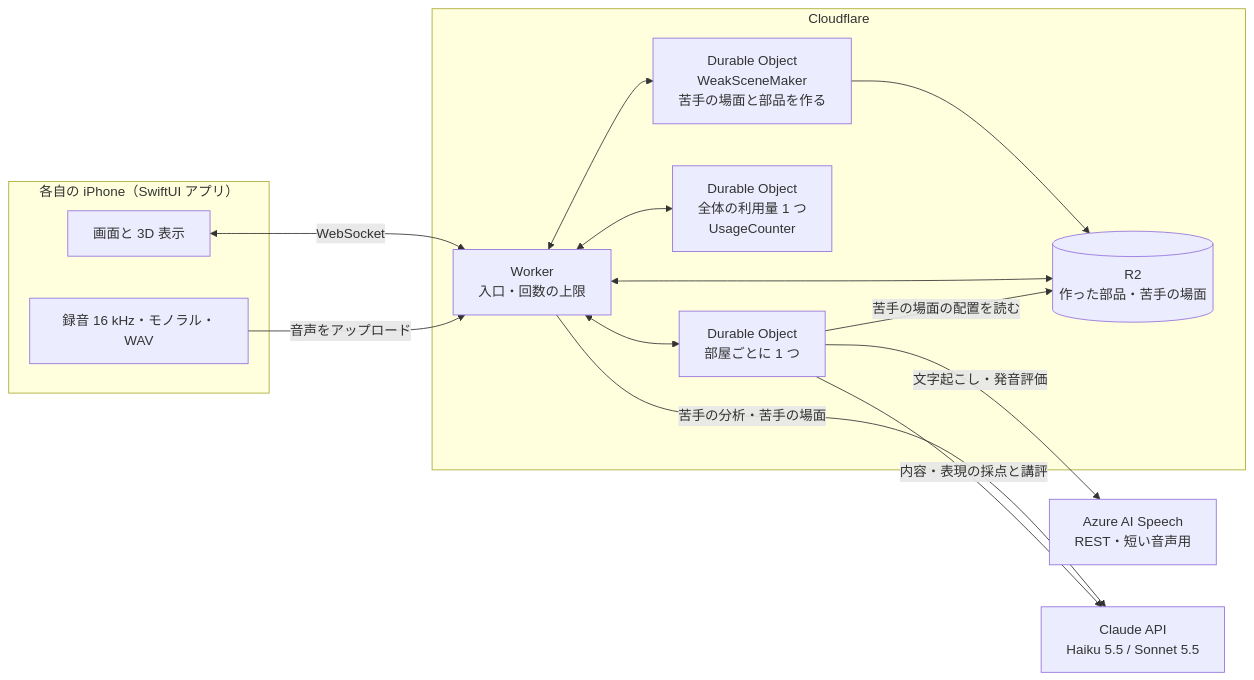
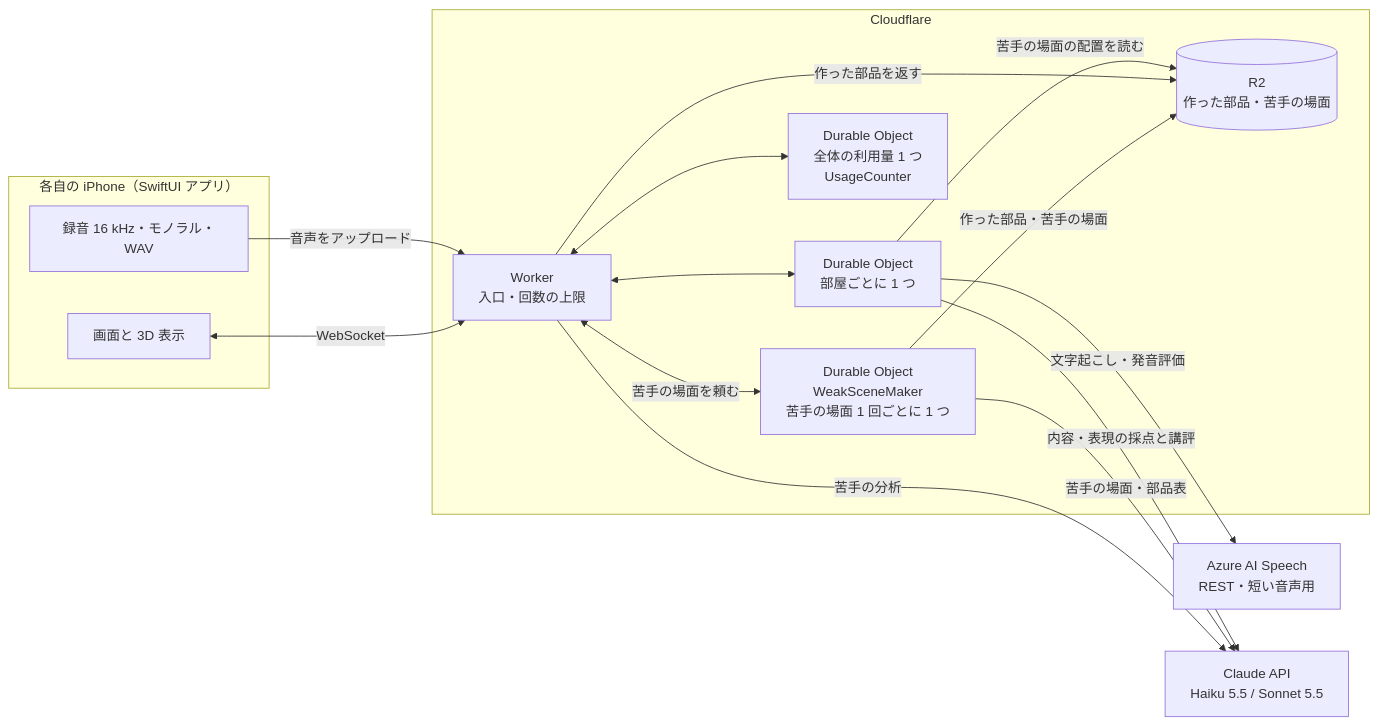
The first of 2 diagrams in docs/design/architecture.md (jphacks/ng_2622), drawn with Mermaid before and after one commit. The commit also changed other lines of this file and 5 other files, not shown here.

````diff
--- a/docs/design/architecture.md
+++ b/docs/design/architecture.md
@@ -7,27 +7,28 @@
 ```mermaid
 flowchart LR
   subgraph iPhone[各自の iPhone（SwiftUI アプリ）]
     UI[画面と 3D 表示]
     Rec[録音 16 kHz・モノラル・WAV]
   end
   subgraph CF[Cloudflare]
     W[Worker<br>入口・回数の上限]
     R[Durable Object<br>部屋ごとに 1 つ]
     G[Durable Object<br>全体の利用量 1 つ<br>UsageCounter]
-    P[Durable Object<br>WeakSceneMaker<br>苦手の場面と部品を作る]
+    P[Durable Object<br>WeakSceneMaker<br>苦手の場面 1 回ごとに 1 つ]
     B[(R2<br>作った部品・苦手の場面)]
   end
   Az[Azure AI Speech<br>REST・短い音声用]
   Cl[Claude API<br>Haiku 5.5 / Sonnet 5.5]
   UI <-->|WebSocket| W
   Rec -->|音声をアップロード| W
   W <--> R
   W <--> G
-  W -->|苦手の分析・苦手の場面| Cl
-  W <--> P
-  P --> B
-  W <--> B
+  W -->|苦手の分析| Cl
+  W <-->|苦手の場面を頼む| P
+  P -->|苦手の場面・部品表| Cl
+  P -->|作った部品・苦手の場面| B
+  W -->|作った部品を返す| B
   R -->|苦手の場面の配置を読む| B
   R -->|文字起こし・発音評価| Az
   R -->|内容・表現の採点と講評| Cl
 ```
````
